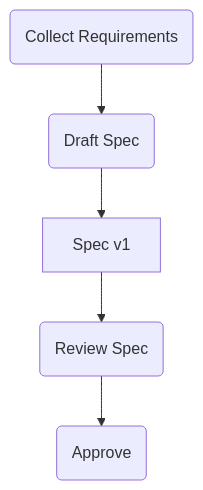
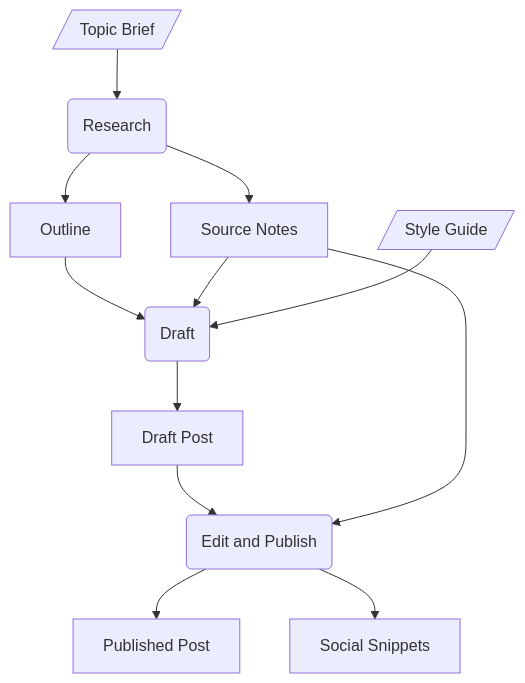
The first of 3 diagrams in .claude/skills/mermaid-styles/skills/explainer-diagrams/ref/patterns/io-pipeline.md (MacHu-GWU/shsk_mermaid_styles-project), drawn with Mermaid before and after one commit. The commit also changed other lines of this file, not shown here.

````diff
--- a/.claude/skills/mermaid-styles/skills/explainer-diagrams/ref/patterns/io-pipeline.md
+++ b/.claude/skills/mermaid-styles/skills/explainer-diagrams/ref/patterns/io-pipeline.md
@@ -181,7 +194,14 @@
 ```mermaid
 flowchart TD
-    S1("Collect Requirements") --> S2("Draft Spec")
-    S2 --> A["Spec v1"]
-    A --> S3("Review Spec")
-    S3 --> S4("Approve")
+    T[/"Topic Brief"/] --> S1("Research")
+    S1 --> N["Source Notes"]
+    S1 --> O["Outline"]
+    O --> S2("Draft")
+    N --> S2
+    G[/"Style Guide"/] --> S2
+    S2 --> D["Draft Post"]
+    D --> S3("Edit and Publish")
+    N --> S3
+    S3 --> P["Published Post"]
+    S3 --> X["Social Snippets"]
 ```
````
